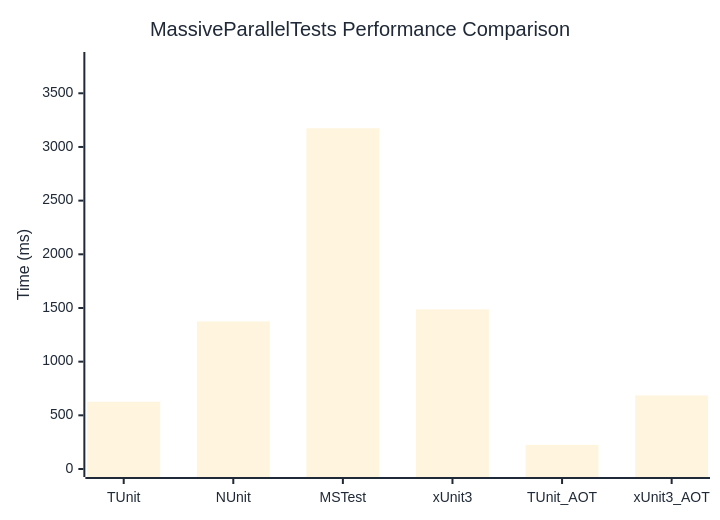
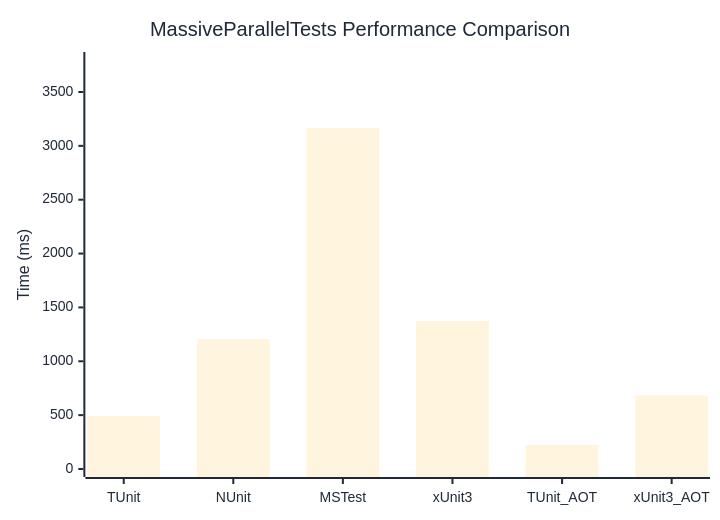
Before and after one commit to thomhurst/TUnit: the diagram in docs/docs/benchmarks/engine/MassiveParallelTests.md, drawn with Mermaid. The commit also changed other lines of this file and 18 other files, not shown here.

````diff
--- a/docs/docs/benchmarks/engine/MassiveParallelTests.md
+++ b/docs/docs/benchmarks/engine/MassiveParallelTests.md
@@ -30,37 +30,37 @@
 ```mermaid
 %%{init: {
   'theme':'base',
   'themeVariables': {
     'primaryColor': '#2563eb',
     'primaryTextColor': '#1f2937',
     'primaryBorderColor': '#1e40af',
     'lineColor': '#6b7280',
     'secondaryColor': '#7c3aed',
     'tertiaryColor': '#dc2626',
     'background': '#ffffff',
     'mainBkg': '#2563eb',
     'secondBkg': '#7c3aed',
     'tertiaryBkg': '#dc2626',
     'clusterBkg': '#f3f4f6',
     'edgeLabelBackground': '#ffffff',
     'tertiaryTextColor': '#1f2937',
     'pie1': '#2563eb',
     'pie2': '#7c3aed',
     'pie3': '#dc2626',
     'pie4': '#f59e0b',
     'pie5': '#10b981',
     'pie6': '#06b6d4',
     'pie7': '#ec4899',
     'pie8': '#6366f1',
     'pie9': '#84cc16',
     'pie10': '#f97316',
     'pie11': '#14b8a6',
     'pie12': '#a855f7'
   }
 }}%%
 xychart-beta
   title "MassiveParallelTests Performance Comparison"
   x-axis ["TUnit", "NUnit", "MSTest", "xUnit3", "TUnit_AOT", "xUnit3_AOT"]
-  y-axis "Time (ms)" 0 --> 3810
-  bar [626.4, 1374.7, 3174.2, 1487.4, 224.8, 685]
+  y-axis "Time (ms)" 0 --> 3797
+  bar [493.2, 1204.7, 3163.5, 1372.8, 223, 681.7]
 ```
````
